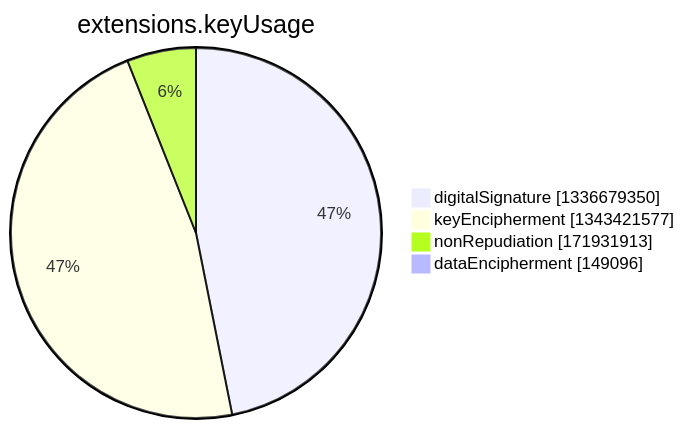
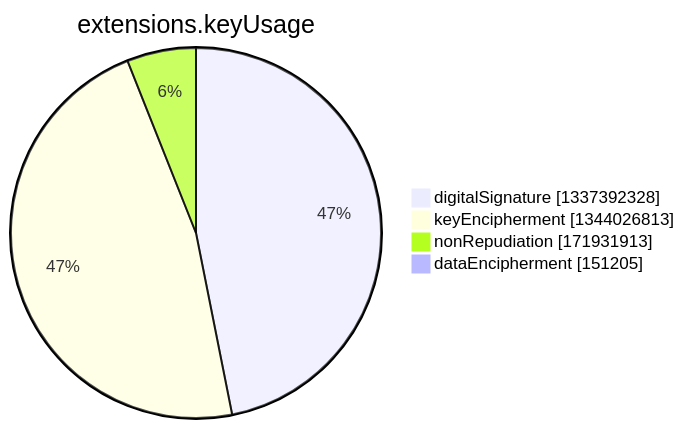
The seventh of 15 diagrams in argon2022/README.md (christiankrug/ctmonitor_visualization), drawn with Mermaid before and after one commit. The commit also changed other lines of this file, not shown here.

````diff
--- a/argon2022/README.md
+++ b/argon2022/README.md
@@ -2750,8 +2750,8 @@
 ```mermaid
 pie showData
 title extensions.keyUsage
-"digitalSignature" :1336679350
-"keyEncipherment" :1343421577
+"digitalSignature" :1337392328
+"keyEncipherment" :1344026813
 "nonRepudiation" :171931913
-"dataEncipherment" :149096
+"dataEncipherment" :151205
 ```
````
